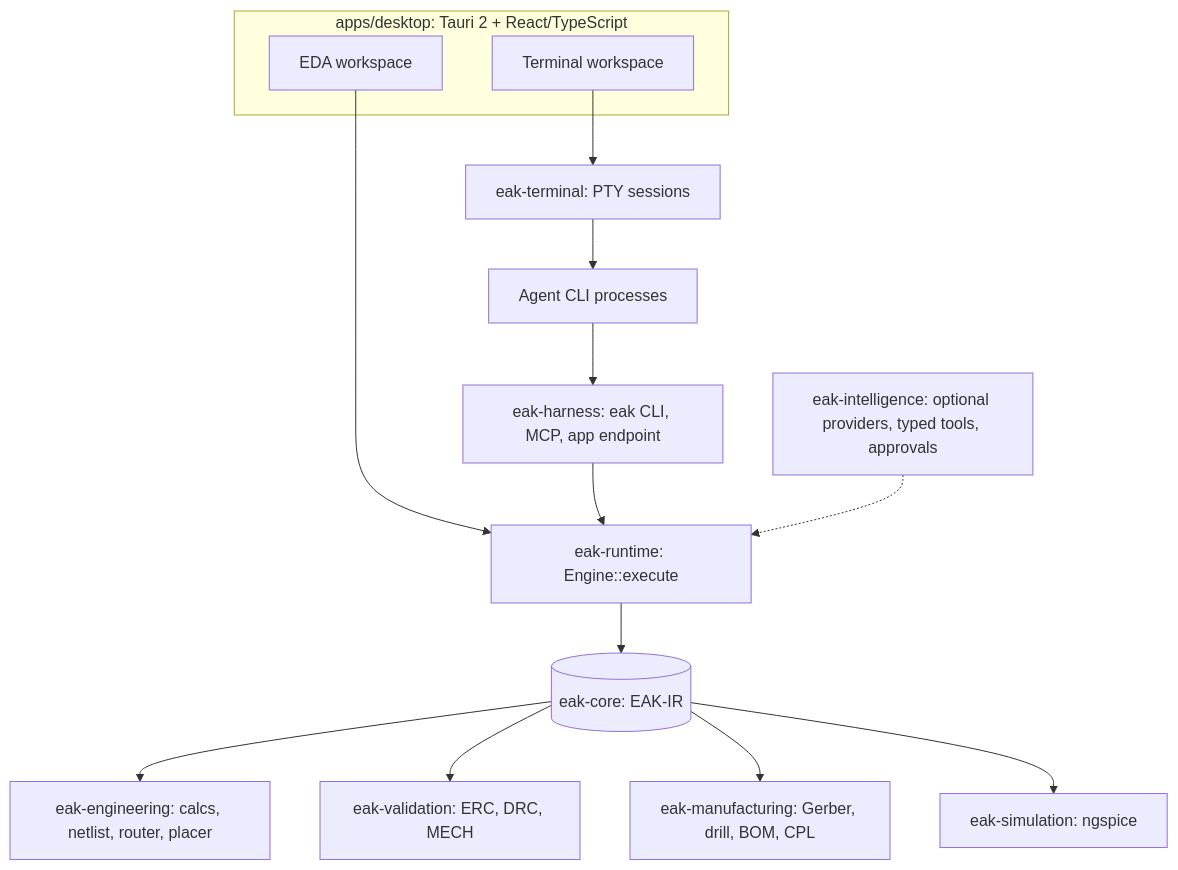
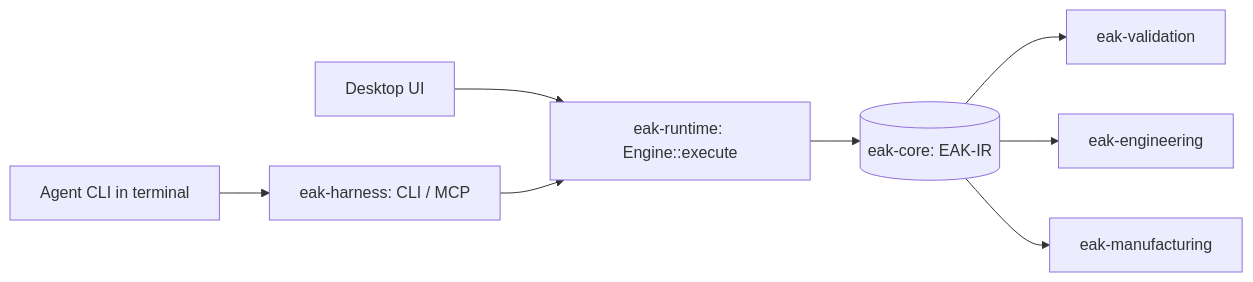
Before and after one commit to NijoP/electronics-agent-kit-new-prototype: the diagram in README.md, drawn with Mermaid. The commit also changed other lines of this file, not shown here.

````diff
--- a/README.md
+++ b/README.md
@@ -93,18 +121,7 @@
 ```mermaid
-flowchart TB
-  subgraph Desktop["apps/desktop: Tauri 2 + React/TypeScript"]
-    EDA[EDA workspace]
-    TERM[Terminal workspace]
-  end
-  TERM --> TE[eak-terminal: PTY sessions]
-  TE --> AG[Agent CLI processes]
-  AG --> HX[eak-harness: eak CLI, MCP, app endpoint]
-  EDA --> RT
-  HX --> RT[eak-runtime: Engine::execute]
-  INT[eak-intelligence: optional providers, typed tools, approvals] -.-> RT
-  RT --> IR[(eak-core: EAK-IR)]
-  IR --> ENG[eak-engineering: calcs, netlist, router, placer]
-  IR --> VAL[eak-validation: ERC, DRC, MECH]
-  IR --> MFG[eak-manufacturing: Gerber, drill, BOM, CPL]
-  IR --> SIM[eak-simulation: ngspice]
+flowchart LR
+  UI[Desktop UI] --> RT
+  AG[Agent CLI in terminal] --> HX[eak-harness: CLI / MCP] --> RT
+  RT[eak-runtime: Engine::execute] --> IR[(eak-core: EAK-IR)]
+  IR --> VAL[eak-validation] & ENG[eak-engineering] & MFG[eak-manufacturing]
 ```
````
